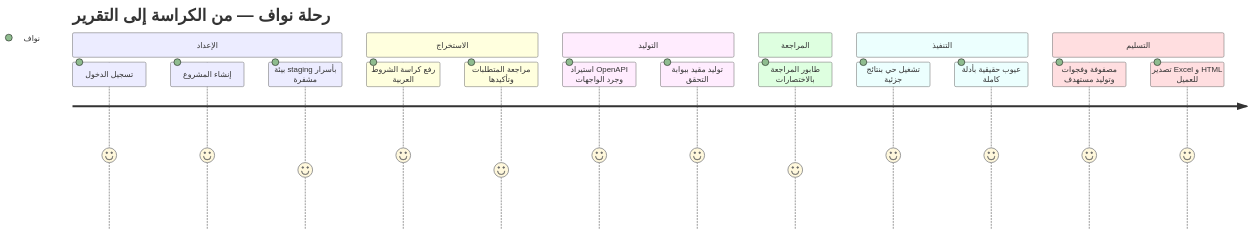
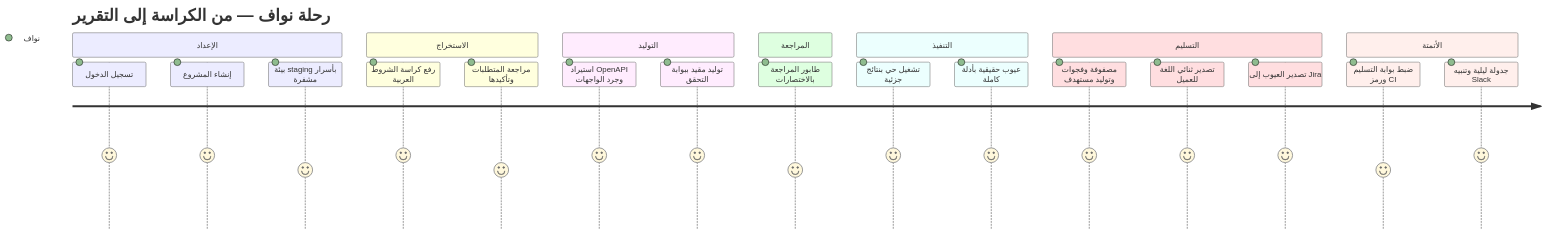
The diagram in docs/USER_JOURNEY.md (Abo5/traceo), drawn with Mermaid before and after one commit. The commit also changed other lines of this file and 9 other files, not shown here.

````diff
--- a/docs/USER_JOURNEY.md
+++ b/docs/USER_JOURNEY.md
@@ -131,22 +157,26 @@
 ```mermaid
 journey
     title رحلة نواف — من الكراسة إلى التقرير
     section الإعداد
       تسجيل الدخول: 5: نواف
       إنشاء المشروع: 5: نواف
       بيئة staging بأسرار مشفرة: 4: نواف
     section الاستخراج
       رفع كراسة الشروط العربية: 5: نواف
       مراجعة المتطلبات وتأكيدها: 4: نواف
     section التوليد
       استيراد OpenAPI وجرد الواجهات: 5: نواف
       توليد مقيد ببوابة التحقق: 5: نواف
     section المراجعة
       طابور المراجعة بالاختصارات: 4: نواف
     section التنفيذ
       تشغيل حي بنتائج جزئية: 5: نواف
       عيوب حقيقية بأدلة كاملة: 5: نواف
     section التسليم
       مصفوفة وفجوات وتوليد مستهدف: 5: نواف
-      تصدير Excel و HTML للعميل: 5: نواف
+      تصدير ثنائي اللغة للعميل: 5: نواف
+      تصدير العيوب إلى Jira: 5: نواف
+    section الأتمتة
+      ضبط بوابة التسليم ورمز CI: 4: نواف
+      جدولة ليلية وتنبيه Slack: 5: نواف
 ```
````
